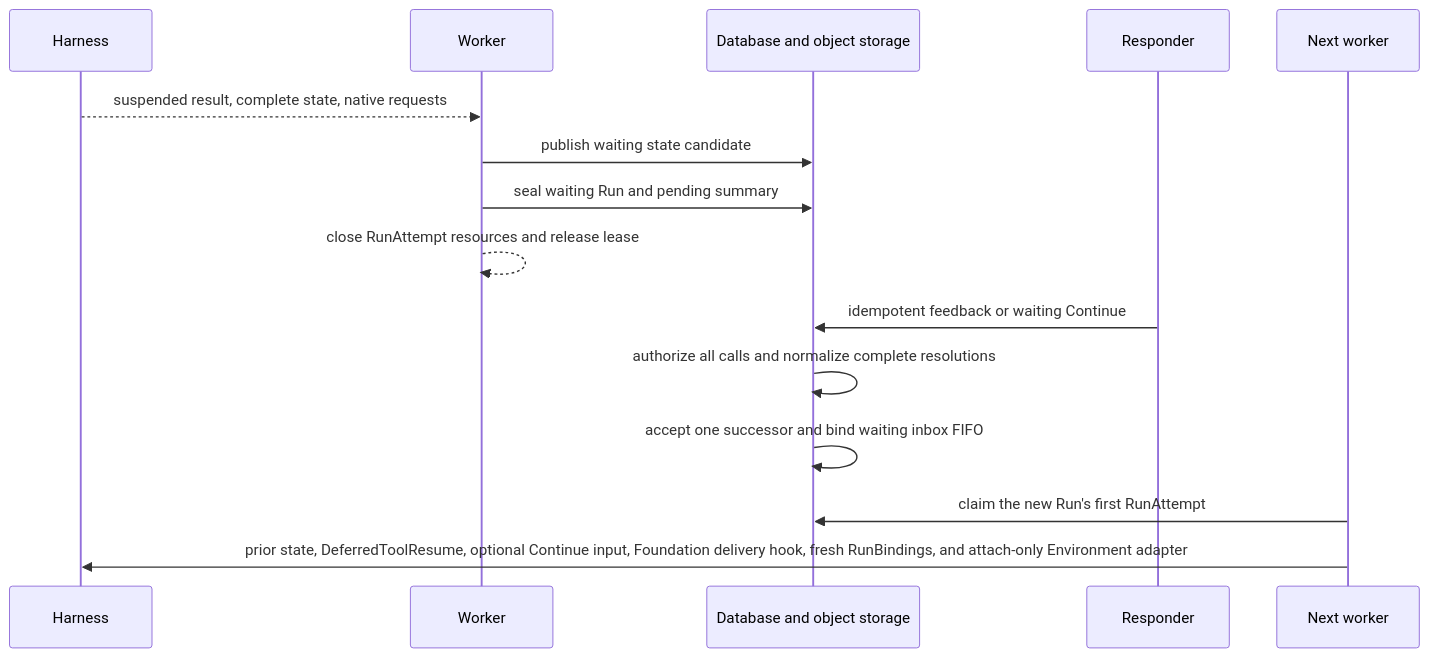
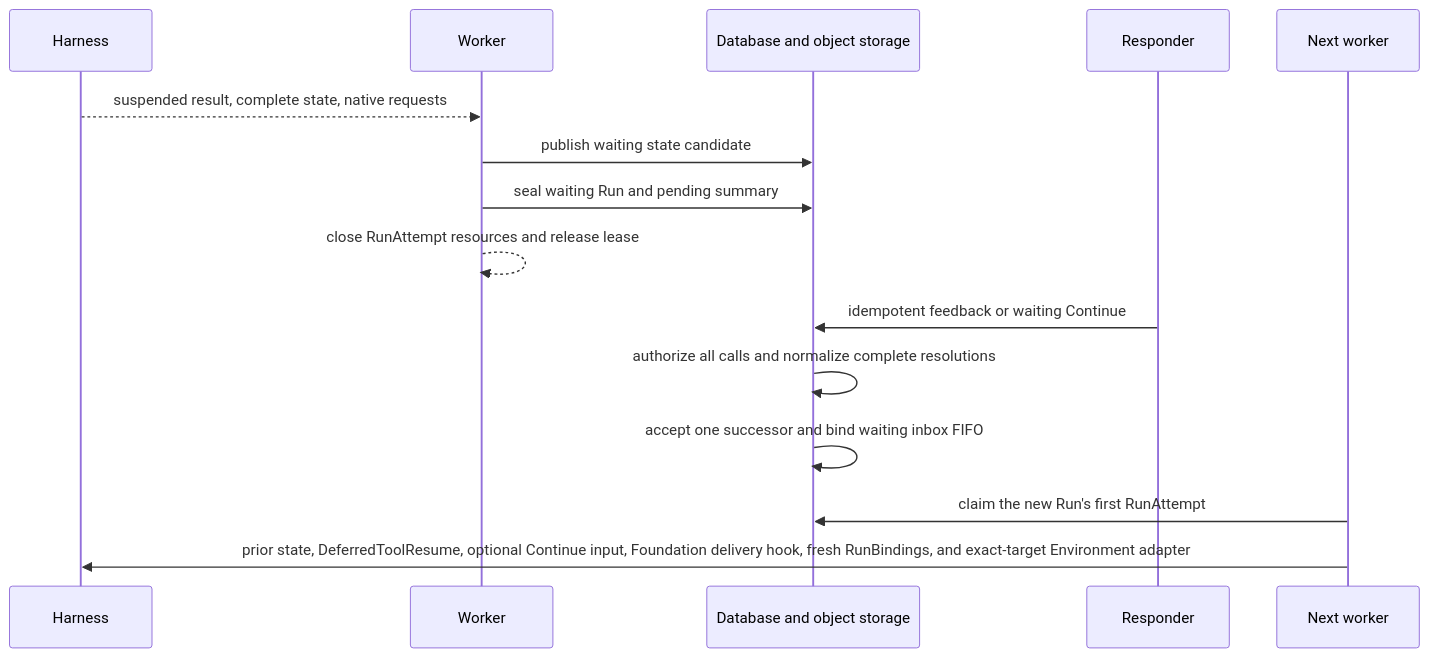
The second of 2 diagrams in spec/foundation-service/18-agent-control-input-and-continuation.md (LTThreeComma/agent-foundation), drawn with Mermaid before and after one commit. The commit also changed other lines of this file and 37 other files, not shown here.

Commit message:
Update repository architecture and development tooling

````diff
--- a/spec/foundation-service/18-agent-control-input-and-continuation.md
+++ b/spec/foundation-service/18-agent-control-input-and-continuation.md
@@ -332,18 +332,18 @@
 ```mermaid
 sequenceDiagram
     participant Harness
     participant Worker
     participant Durable as Database and object storage
     participant Responder
     participant NextWorker as Next worker
 
     Harness-->>Worker: suspended result, complete state, native requests
     Worker->>Durable: publish waiting state candidate
     Worker->>Durable: seal waiting Run and pending summary
     Worker-->>Worker: close RunAttempt resources and release lease
     Responder->>Durable: idempotent feedback or waiting Continue
     Durable->>Durable: authorize all calls and normalize complete resolutions
     Durable->>Durable: accept one successor and bind waiting inbox FIFO
     NextWorker->>Durable: claim the new Run's first RunAttempt
-    NextWorker->>Harness: prior state, DeferredToolResume, optional Continue input, Foundation delivery hook, fresh RunBindings, and attach-only Environment adapter
+    NextWorker->>Harness: prior state, DeferredToolResume, optional Continue input, Foundation delivery hook, fresh RunBindings, and exact-target Environment adapter
 ```
````
